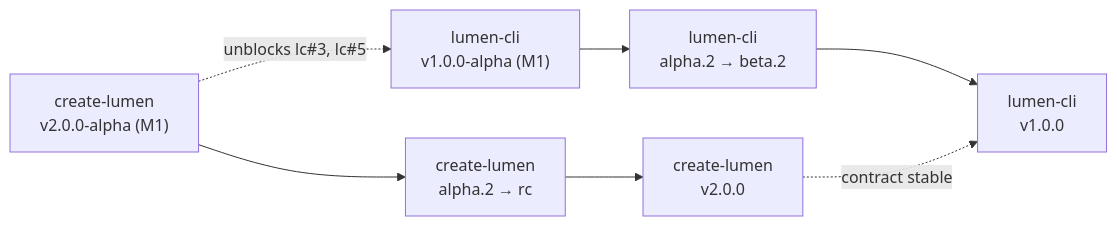
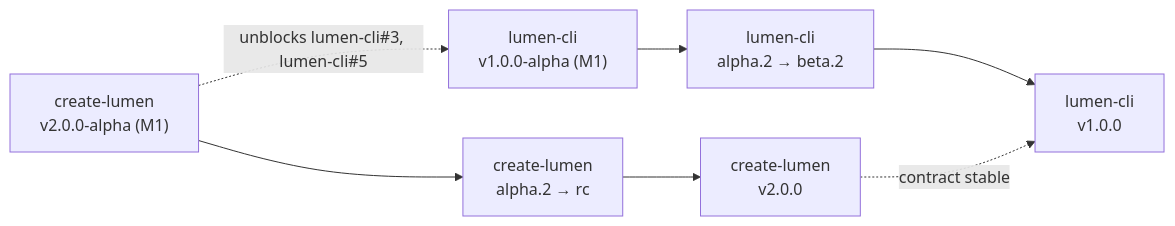
The sixth of 6 diagrams in docs/PLAN.md (LUMEN-SH/lumen-cli), drawn with Mermaid before and after one commit. The commit also changed other lines of this file and 1 other file, not shown here.

Commit message:
docs: use explicit repo#issue refs in roadmap/plan (drop cl#/lc#)

````diff
--- a/docs/PLAN.md
+++ b/docs/PLAN.md
@@ -180,9 +183,9 @@
 ```mermaid
 graph LR
     A["create-lumen<br/>v2.0.0-alpha (M1)"] --> B["create-lumen<br/>alpha.2 → rc"]
-    A -. "unblocks lc#3, lc#5" .-> C["lumen-cli<br/>v1.0.0-alpha (M1)"]
+    A -. "unblocks lumen-cli#3, lumen-cli#5" .-> C["lumen-cli<br/>v1.0.0-alpha (M1)"]
     C --> D["lumen-cli<br/>alpha.2 → beta.2"]
     B --> E["create-lumen<br/>v2.0.0"]
     D --> F["lumen-cli<br/>v1.0.0"]
     E -. "contract stable" .-> F
 ```
````
